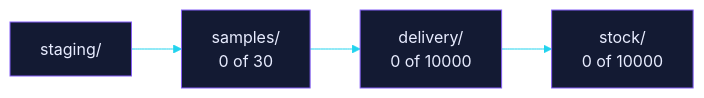
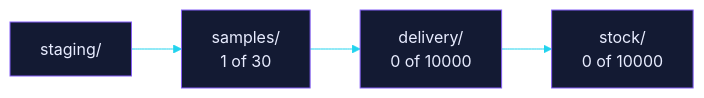
One commit to EtharaOrion/marcella-samples changed the diagram in README.md. Above: the diagram before and after it, drawn with Mermaid. The commit also changed other lines of this file, not shown here.

````diff
--- a/README.md
+++ b/README.md
@@ -43,8 +70,8 @@
 ```mermaid
 %%{init: {"theme":"base","themeVariables":{"primaryColor":"#131a33","primaryTextColor":"#e8ecff","primaryBorderColor":"#845EF7","lineColor":"#22d3ee","fontFamily":"monospace"}}}%%
 flowchart LR
     staging["staging/"]
-    staging --> samples["samples/<br/>0 of 30"]
+    staging --> samples["samples/<br/>1 of 30"]
     samples --> delivery["delivery/<br/>0 of 10000"]
     delivery --> stock["stock/<br/>0 of 10000"]
 ```
````
